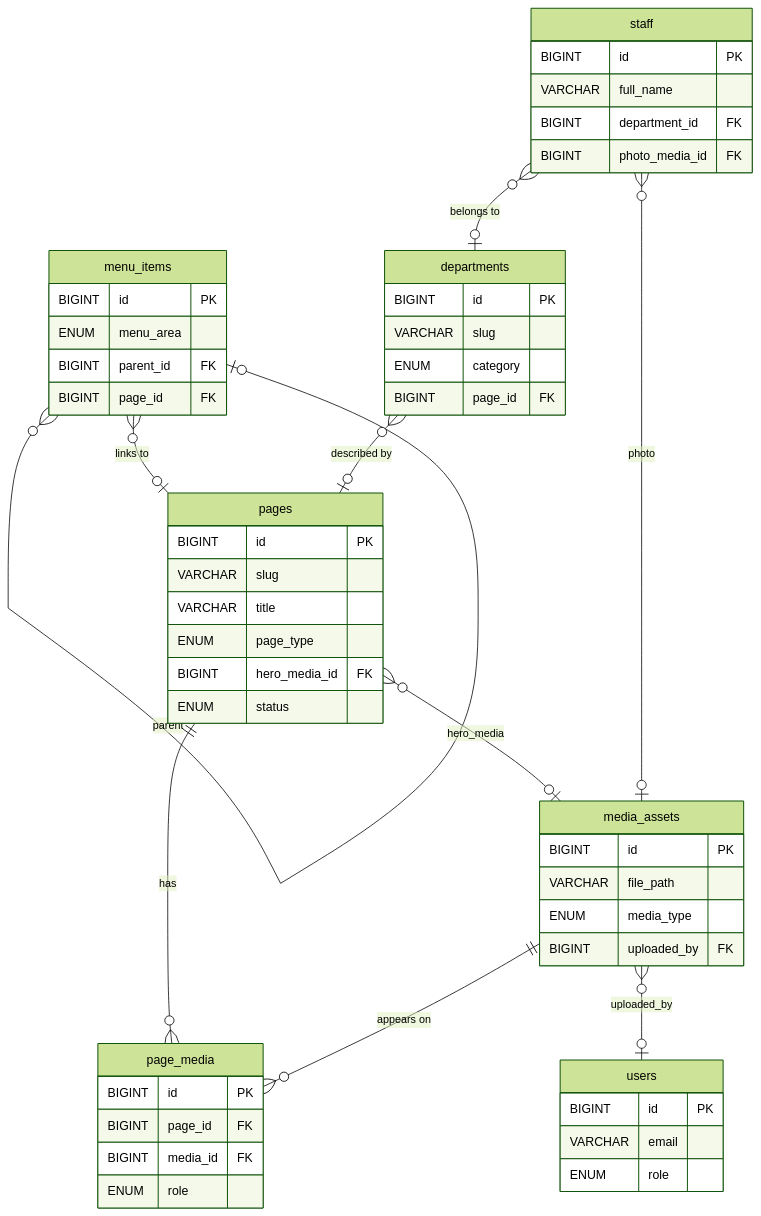
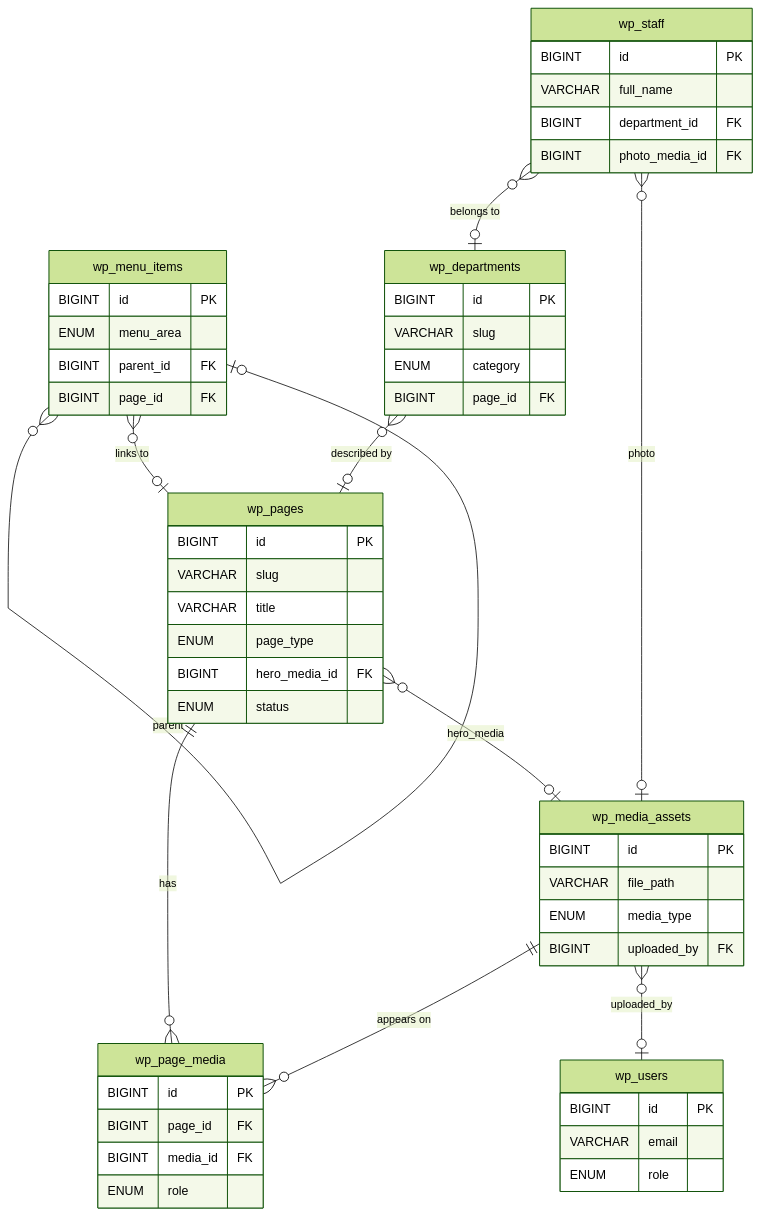
Before and after one commit to wagura-maurice/ollmh-wayback-snapshot: the first of 9 diagrams in docs/ERD.md, drawn with Mermaid (forest theme). The commit also changed other lines of this file and 30 other files, not shown here.

First line of the commit message:
docs: add wp_ table prefix and header/footer information architecture

````diff
--- a/docs/ERD.md
+++ b/docs/ERD.md
@@ -23,56 +23,56 @@
 ```mermaid
 erDiagram
-    pages ||--o{ page_media : "has"
-    media_assets ||--o{ page_media : "appears on"
-    media_assets }o--o| users : "uploaded_by"
-    pages }o--o| media_assets : "hero_media"
-    menu_items }o--o| menu_items : "parent"
-    menu_items }o--o| pages : "links to"
-    departments }o--o| pages : "described by"
-    staff }o--o| departments : "belongs to"
-    staff }o--o| media_assets : "photo"
+    wp_pages ||--o{ wp_page_media : "has"
+    wp_media_assets ||--o{ wp_page_media : "appears on"
+    wp_media_assets }o--o| wp_users : "uploaded_by"
+    wp_pages }o--o| wp_media_assets : "hero_media"
+    wp_menu_items }o--o| wp_menu_items : "parent"
+    wp_menu_items }o--o| wp_pages : "links to"
+    wp_departments }o--o| wp_pages : "described by"
+    wp_staff }o--o| wp_departments : "belongs to"
+    wp_staff }o--o| wp_media_assets : "photo"
 
-    pages {
+    wp_pages {
         BIGINT id PK
         VARCHAR slug
         VARCHAR title
         ENUM page_type
         BIGINT hero_media_id FK
         ENUM status
     }
-    media_assets {
+    wp_media_assets {
         BIGINT id PK
         VARCHAR file_path
         ENUM media_type
         BIGINT uploaded_by FK
     }
-    page_media {
+    wp_page_media {
         BIGINT id PK
         BIGINT page_id FK
         BIGINT media_id FK
         ENUM role
     }
-    users {
+    wp_users {
         BIGINT id PK
         VARCHAR email
         ENUM role
     }
-    menu_items {
+    wp_menu_items {
         BIGINT id PK
         ENUM menu_area
         BIGINT parent_id FK
         BIGINT page_id FK
     }
-    departments {
+    wp_departments {
         BIGINT id PK
         VARCHAR slug
         ENUM category
         BIGINT page_id FK
     }
-    staff {
+    wp_staff {
         BIGINT id PK
         VARCHAR full_name
         BIGINT department_id FK
         BIGINT photo_media_id FK
     }
 ```
````
